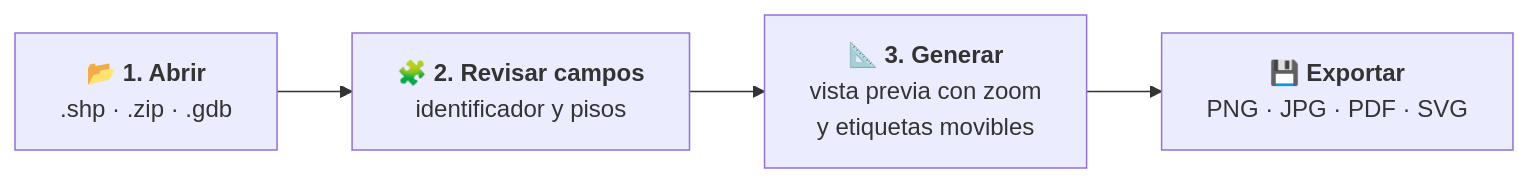
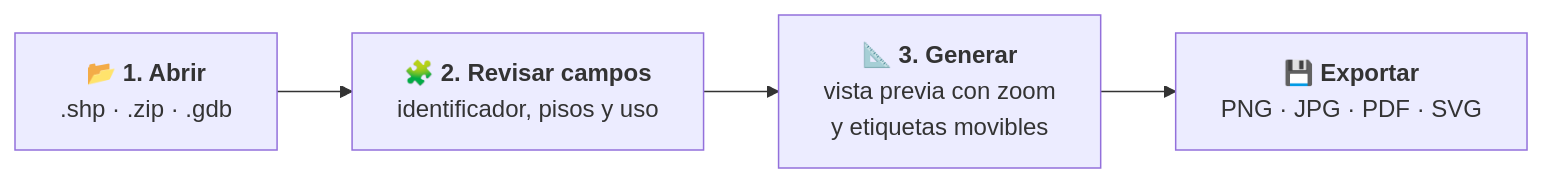
Before and after one commit to sparveriusdev/GeneradorCroquis: the first of 3 diagrams in README.md, drawn with Mermaid. The commit also changed other lines of this file and 23 other files, not shown here.

First line of the commit message:
feat: campo de uso en las convenciones con dominios de la GDB (v1.4.0)

````diff
--- a/README.md
+++ b/README.md
@@ -113,6 +116,6 @@
 ```mermaid
 flowchart LR
-    A["📂 <b>1. Abrir</b><br/>.shp · .zip · .gdb"] --> B["🧩 <b>2. Revisar campos</b><br/>identificador y pisos"]
+    A["📂 <b>1. Abrir</b><br/>.shp · .zip · .gdb"] --> B["🧩 <b>2. Revisar campos</b><br/>identificador, pisos y uso"]
     B --> C["📐 <b>3. Generar</b><br/>vista previa con zoom<br/>y etiquetas movibles"]
     C --> D["💾 <b>Exportar</b><br/>PNG · JPG · PDF · SVG"]
 ```
````
